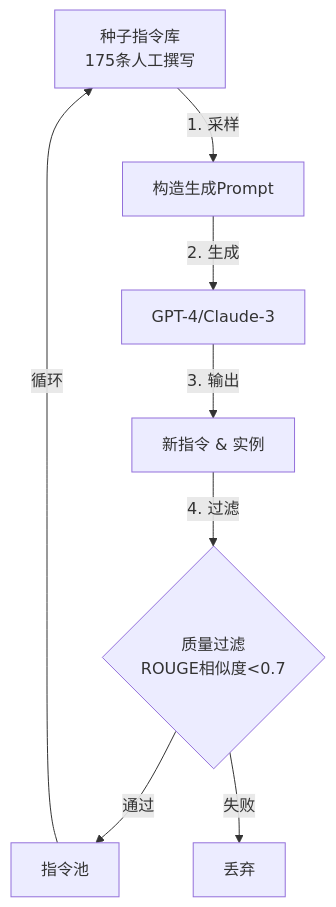
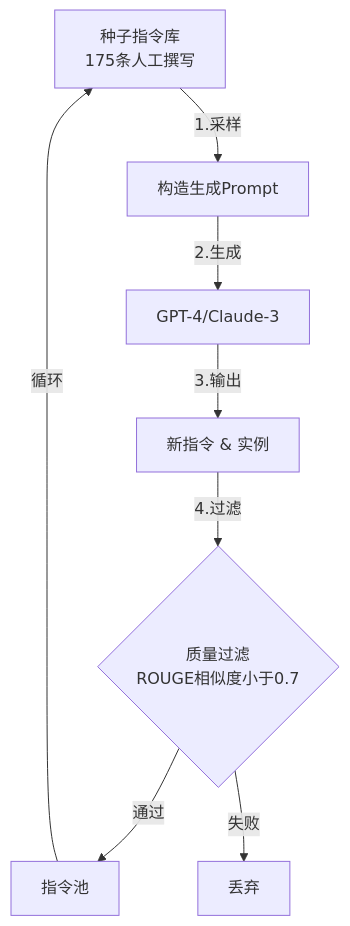
Before and after one commit to LordFoxFairy/NiKo-NoteBook: the third of 5 diagrams in 大模型笔记/第三部分：数据工程与定制化/第2章_微调你的专属模型.md, drawn with Mermaid. The commit also changed other lines of this file and 83 other files, not shown here.

````diff
--- a/大模型笔记/第三部分：数据工程与定制化/第2章_微调你的专属模型.md
+++ b/大模型笔记/第三部分：数据工程与定制化/第2章_微调你的专属模型.md
@@ -775,10 +775,10 @@
 ```mermaid
 graph TD
-    Seed[种子指令库<br>175条人工撰写] -->|1. 采样| Prompt[构造生成Prompt]
-    Prompt -->|2. 生成| LLM[GPT-4/Claude-3]
-    LLM -->|3. 输出| NewIns[新指令 & 实例]
-    NewIns -->|4. 过滤| Filter{质量过滤<br>ROUGE相似度<0.7}
-    Filter -->|通过| Pool[指令池]
-    Filter -->|失败| Discard[丢弃]
-    Pool -->|循环| Seed
+A[种子指令库<br>175条人工撰写] -->|1.采样| B[构造生成Prompt]
+B -->|2.生成| C[GPT-4/Claude-3]
+C -->|3.输出| D[新指令 & 实例]
+D -->|4.过滤| E{质量过滤<br>ROUGE相似度小于0.7}
+E -->|通过| F[指令池]
+E -->|失败| G[丢弃]
+F -->|循环| A
 ```
````
